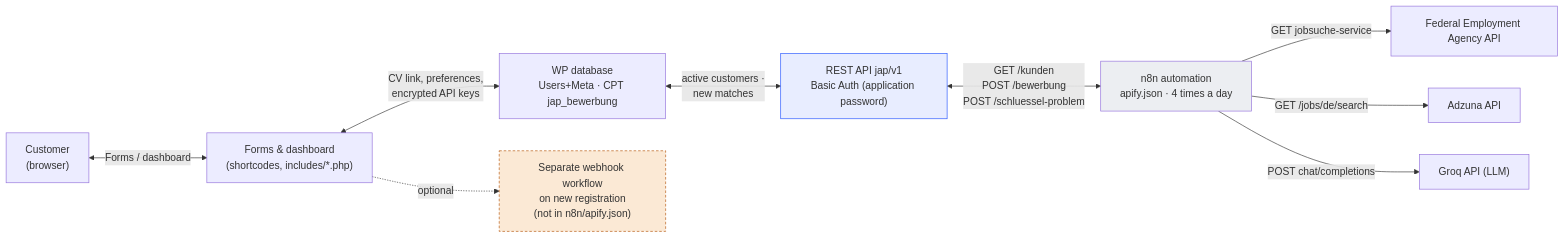
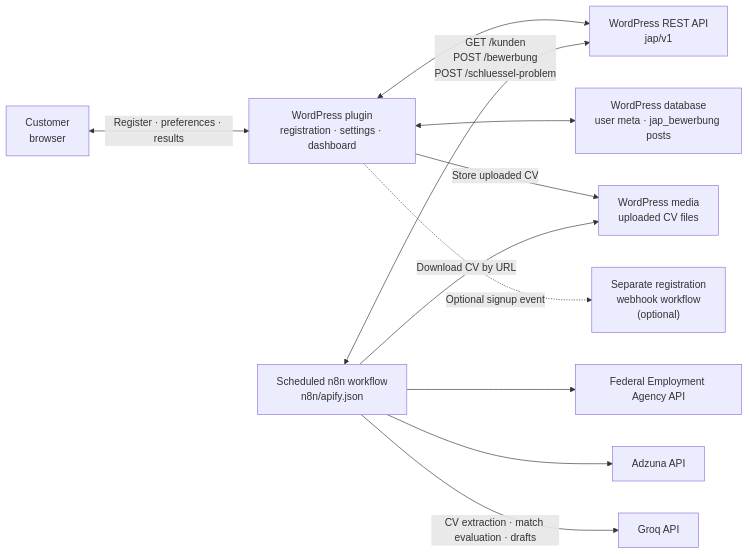
Before and after one commit to 3mothman/auto-job-search: the first of 3 diagrams in ARCHITECTURE.md, drawn with Mermaid. The commit also changed other lines of this file, not shown here.

Commit message:
docs: clarify data flow and security boundaries

````diff
--- a/ARCHITECTURE.md
+++ b/ARCHITECTURE.md
@@ -16,25 +16,24 @@
 ```mermaid
 flowchart LR
-    Customer["Customer<br/>(browser)"]
-    Forms["Forms & dashboard<br/>(shortcodes, includes/*.php)"]
-    DB["WP database<br/>Users+Meta · CPT jap_bewerbung"]
-    REST["REST API jap/v1<br/>Basic Auth (application password)"]
-    N8N["n8n automation<br/>apify.json · 4 times a day"]
+    Customer["Customer<br/>browser"]
+    Portal["WordPress plugin<br/>registration · settings · dashboard"]
+    DB["WordPress database<br/>user meta · jap_bewerbung posts"]
+    REST["WordPress REST API<br/>jap/v1"]
+    Media["WordPress media<br/>uploaded CV files"]
+    N8N["Scheduled n8n workflow<br/>n8n/apify.json"]
     BA["Federal Employment Agency API"]
     ADZ["Adzuna API"]
-    GROQ["Groq API (LLM)"]
-    Webhook["Separate webhook workflow<br/>on new registration<br/>(not in n8n/apify.json)"]
+    GROQ["Groq API"]
+    Hook["Separate registration<br/>webhook workflow<br/>(optional)"]
 
-    Customer <--> |"Forms / dashboard"| Forms
-    Forms <--> |"CV link, preferences,<br/>encrypted API keys"| DB
-    DB <--> |"active customers ·<br/>new matches"| REST
-    REST <--> |"GET /kunden<br/>POST /bewerbung<br/>POST /schluessel-problem"| N8N
-    N8N --> |"GET jobsuche-service"| BA
-    N8N --> |"GET /jobs/de/search"| ADZ
-    N8N --> |"POST chat/completions"| GROQ
-    Forms -.-> |optional| Webhook
-
-    style REST fill:#e8edff,stroke:#2454ff
-    style N8N fill:#eceef2
-    style Webhook fill:#fbe9d5,stroke:#b45309,stroke-dasharray: 4 3
+    Customer <-->|"Register · preferences · results"| Portal
+    Portal <--> REST
+    Portal <--> DB
+    Portal -->|"Store uploaded CV"| Media
+    N8N <-->|"GET /kunden<br/>POST /bewerbung<br/>POST /schluessel-problem"| REST
+    N8N -->|"Download CV by URL"| Media
+    N8N --> BA
+    N8N --> ADZ
+    N8N -->|"CV extraction · match evaluation · drafts"| GROQ
+    Portal -.->|"Optional signup event"| Hook
 ```
````
